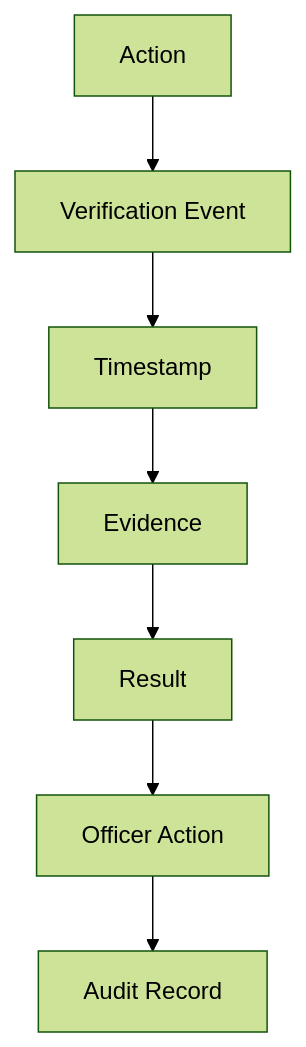
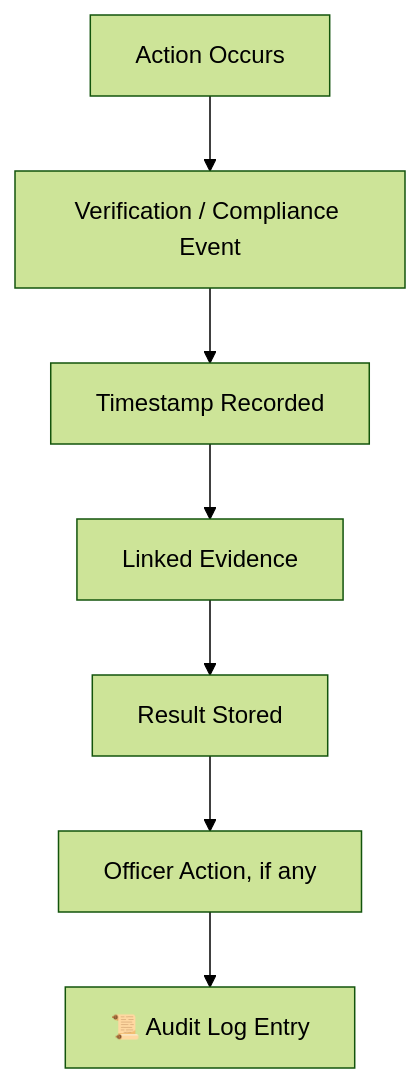
One commit to IshanWankhede/BidVerify-AI changed the tenth of 10 diagrams in Flow-Diagram.md. Above: the diagram before and after it, drawn with Mermaid (forest theme). The commit also changed other lines of this file and 5 other files, not shown here.

````diff
--- a/Flow-Diagram.md
+++ b/Flow-Diagram.md
@@ -148,9 +231,9 @@
 ```mermaid
 flowchart TD
-    A[Action] --> B[Verification Event]
-    B --> C[Timestamp]
-    C --> D[Evidence]
-    D --> E[Result]
-    E --> F[Officer Action]
-    F --> G[Audit Record]
+    A[Action Occurs] --> B[Verification / Compliance Event]
+    B --> C[Timestamp Recorded]
+    C --> D[Linked Evidence]
+    D --> E[Result Stored]
+    E --> F[Officer Action, if any]
+    F --> G[📜 Audit Log Entry]
 ```
````
